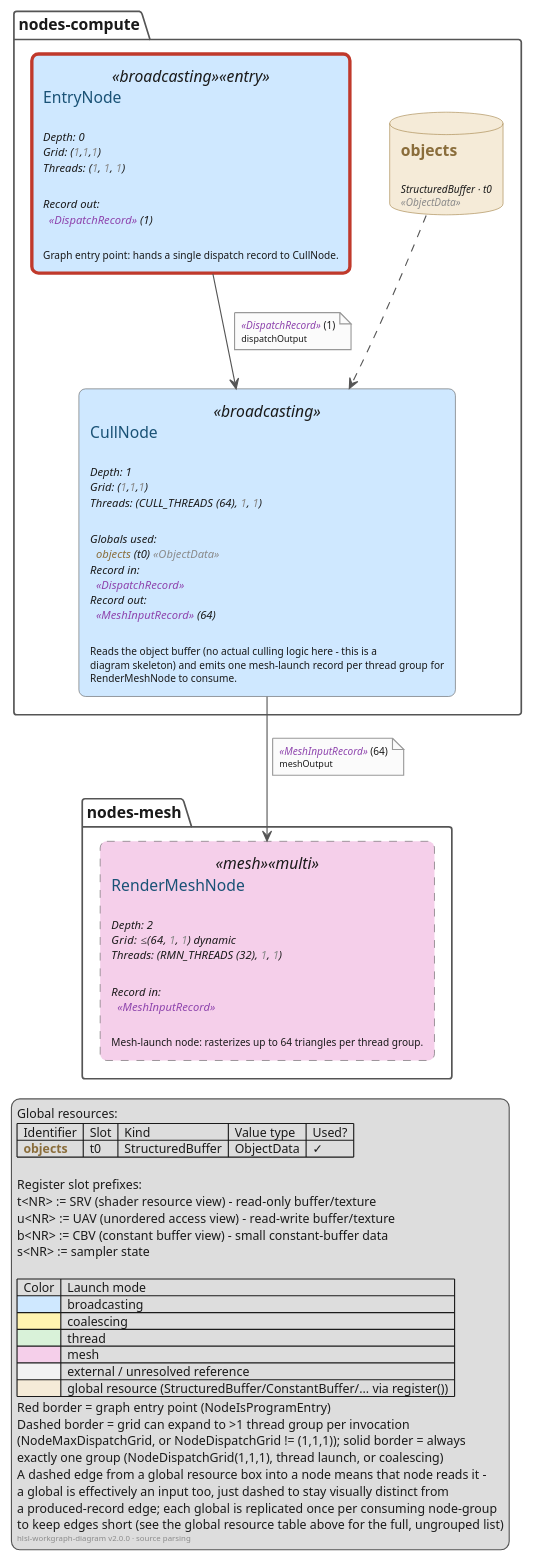
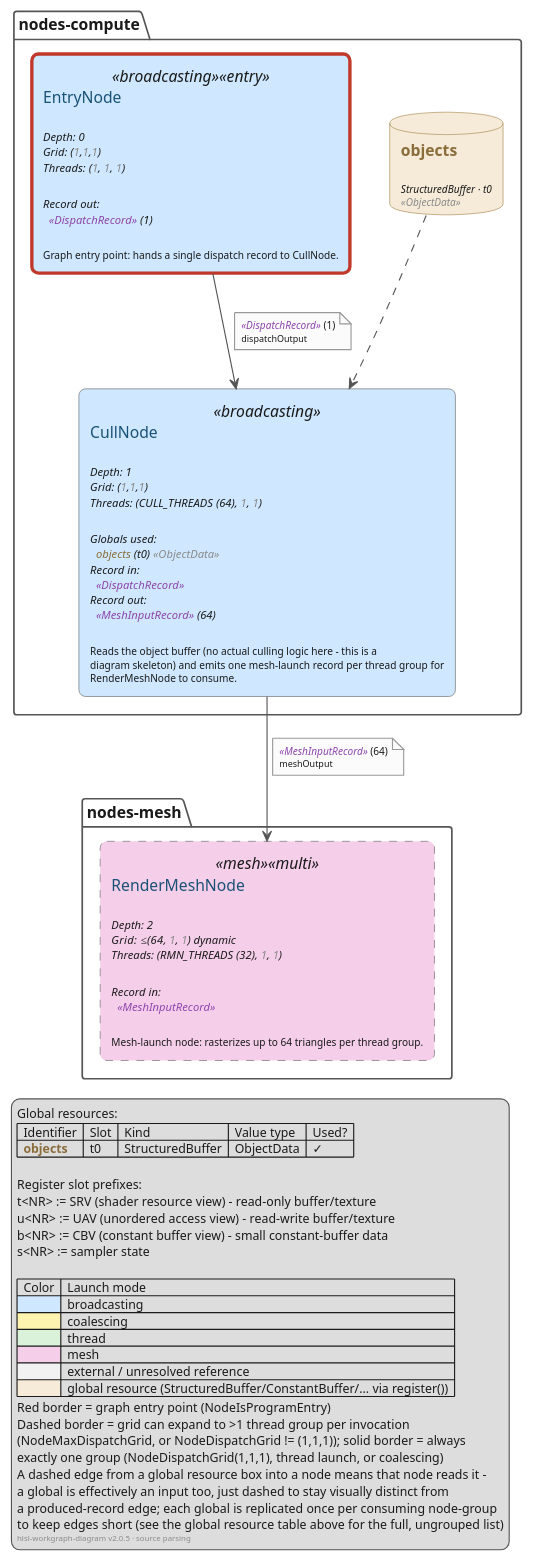
The diagram in examples/mesh-culling/gen/work-graph.source.puml (Feirell/hlsl-workgraph-diagram), drawn with PlantUML before and after one commit. The commit also changed 11 other files, not shown here.

First line of the commit message:
Regenerate example diagrams (both examples, both parser paths)

```diff
--- a/examples/mesh-culling/gen/work-graph.source.puml
+++ b/examples/mesh-culling/gen/work-graph.source.puml
@@ -1,85 +1,85 @@
 @startuml WorkGraphDependencies
 hide empty description
 skinparam DefaultFontColor #1A1A1A
 skinparam ArrowColor #555555
 skinparam ArrowFontColor #333333
 skinparam NoteBackgroundColor #FBFBFB
 skinparam NoteBorderColor #999999
 skinparam NoteBorderThickness 1
 skinparam NoteFontSize 9
 skinparam NoteFontColor #1A1A1A
 skinparam PackageBorderColor #555555
 skinparam PackageFontColor #1A1A1A
 skinparam LegendBorderColor #555555
 skinparam LegendFontColor #1A1A1A
 skinparam LegendFontSize 11
 skinparam rectangle {
     RoundCorner 12
     BorderColor #555555
     BackgroundColor<<broadcasting>> #CFE8FF
     BackgroundColor<<coalescing>> #FFF3B0
     BackgroundColor<<thread>> #D9F2D9
     BackgroundColor<<mesh>> #F5CFEA
     BackgroundColor<<unknown>> #EEEEEE
     BackgroundColor<<external>> #F2F2F2
     BorderColor<<entry>> #C0392B
     BorderThickness<<entry>> 3
     BorderStyle<<external>> dashed
     BorderStyle<<multi>> dashed
 }
 skinparam database {
     BackgroundColor #F5EBD8
     BorderColor #9C7A3C
 }
 
 package "nodes-compute" {
     database "<b><color:#8A6D3B>objects</color></b>\n\n<i><size:9>StructuredBuffer · t0</size></i>\n<i><size:9><color:#8A8A8A><<ObjectData>></color></size></i>" as global_objects_nodes_compute
     rectangle "<color:#1A5276>CullNode</color>\n\n<i><size:10>Depth: 1</size></i>\n<i><size:10>Grid: (<color:#8A8A8A>1</color>,<color:#8A8A8A>1</color>,<color:#8A8A8A>1</color>)</size></i>\n<i><size:10>Threads: (CULL_THREADS (64), <color:#8A8A8A>1</color>, <color:#8A8A8A>1</color>)</size></i>\n\n<i><size:10>Globals used:</size></i>\n<i><size:10>  <color:#8A6D3B>objects</color> (t0) <color:#8A8A8A><<ObjectData>></color></size></i>\n<i><size:10>Record in:</size></i>\n<i><size:10>  <color:#8E44AD><<DispatchRecord>></color></size></i>\n<i><size:10>Record out:</size></i>\n<i><size:10>  <color:#8E44AD><<MeshInputRecord>></color> (64)</size></i>\n\n<size:9>Reads the object buffer (no actual culling logic here - this is a</size>\n<size:9>diagram skeleton) and emits one mesh-launch record per thread group for</size>\n<size:9>RenderMeshNode to consume.</size>" as CullNode <<broadcasting>>
     rectangle "<color:#1A5276>EntryNode</color>\n\n<i><size:10>Depth: 0</size></i>\n<i><size:10>Grid: (<color:#8A8A8A>1</color>,<color:#8A8A8A>1</color>,<color:#8A8A8A>1</color>)</size></i>\n<i><size:10>Threads: (<color:#8A8A8A>1</color>, <color:#8A8A8A>1</color>, <color:#8A8A8A>1</color>)</size></i>\n\n<i><size:10>Record out:</size></i>\n<i><size:10>  <color:#8E44AD><<DispatchRecord>></color> (1)</size></i>\n\n<size:9>Graph entry point: hands a single dispatch record to CullNode.</size>" as EntryNode <<broadcasting>> <<entry>>
 }
 
 package "nodes-mesh" {
     rectangle "<color:#1A5276>RenderMeshNode</color>\n\n<i><size:10>Depth: 2</size></i>\n<i><size:10>Grid: ≤(64, <color:#8A8A8A>1</color>, <color:#8A8A8A>1</color>) dynamic</size></i>\n<i><size:10>Threads: (RMN_THREADS (32), <color:#8A8A8A>1</color>, <color:#8A8A8A>1</color>)</size></i>\n\n<i><size:10>Record in:</size></i>\n<i><size:10>  <color:#8E44AD><<MeshInputRecord>></color></size></i>\n\n<size:9>Mesh-launch node: rasterizes up to 64 triangles per thread group.</size>" as RenderMeshNode <<mesh>> <<multi>>
 }
 
 CullNode --> RenderMeshNode
 note on link
   <i><color:#8E44AD><<MeshInputRecord>></color></i> (64)
   <size:8>meshOutput</size>
 end note
 EntryNode --> CullNode
 note on link
   <i><color:#8E44AD><<DispatchRecord>></color></i> (1)
   <size:8>dispatchOutput</size>
 end note
 global_objects_nodes_compute -[dashed]-> CullNode
 
 legend right
   Global resources:
   |  Identifier  |  Slot  |  Kind  |  Value type  |  Used?  |
   |  <b><color:#8A6D3B>objects</color></b>  |  t0  |  StructuredBuffer  |  ObjectData  |  ✓  |
   
   Register slot prefixes:
   t<NR> := SRV (shader resource view) - read-only buffer/texture
   u<NR> := UAV (unordered access view) - read-write buffer/texture
   b<NR> := CBV (constant buffer view) - small constant-buffer data
   s<NR> := sampler state
   
   |  Color  |  Launch mode  |
   |  <#CFE8FF>  |  broadcasting  |
   |  <#FFF3B0>  |  coalescing  |
   |  <#D9F2D9>  |  thread  |
   |  <#F5CFEA>  |  mesh  |
   |  <#F2F2F2>  |  external / unresolved reference  |
   |  <#F5EBD8>  |  global resource (StructuredBuffer/ConstantBuffer/... via register())  |
   Red border = graph entry point (NodeIsProgramEntry)
   Dashed border = grid can expand to >1 thread group per invocation
   (NodeMaxDispatchGrid, or NodeDispatchGrid != (1,1,1)); solid border = always
   exactly one group (NodeDispatchGrid(1,1,1), thread launch, or coalescing)
   A dashed edge from a global resource box into a node means that node reads it -
   a global is effectively an input too, just dashed to stay visually distinct from
   a produced-record edge; each global is replicated once per consuming node-group
   to keep edges short (see the global resource table above for the full, ungrouped list)
-  <size:7><color:#8A8A8A>hlsl-workgraph-diagram v2.0.0 · source parsing</color></size>
+  <size:7><color:#8A8A8A>hlsl-workgraph-diagram v2.0.5 · source parsing</color></size>
 endlegend
 @enduml
```
